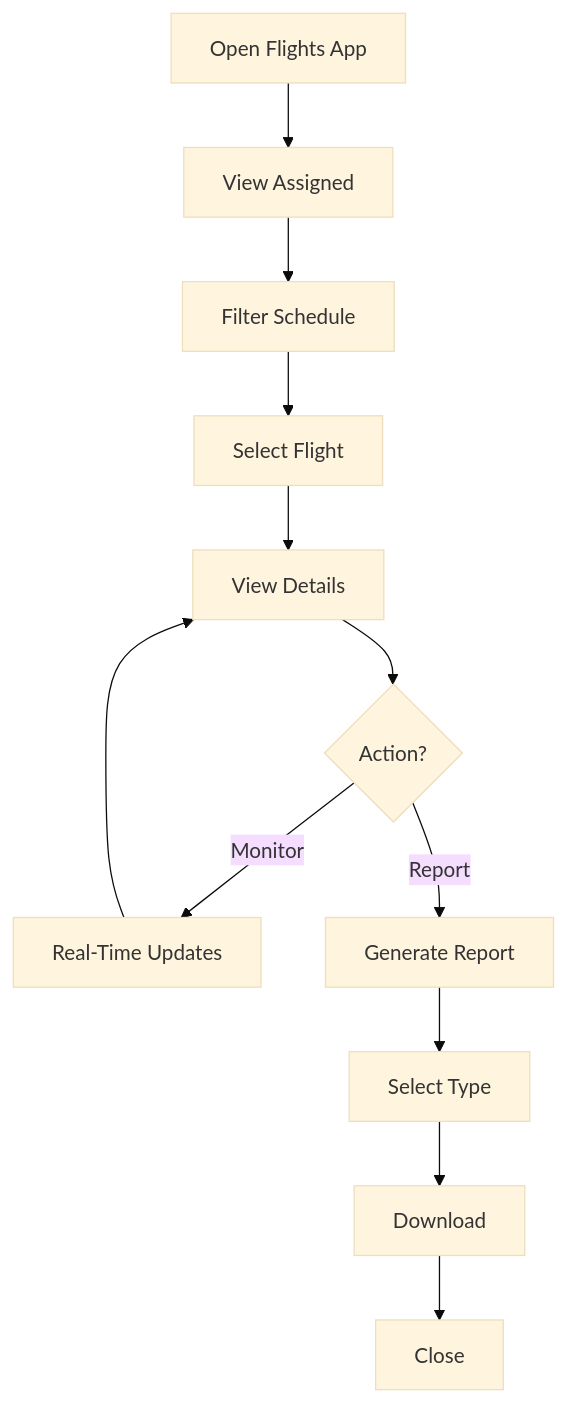
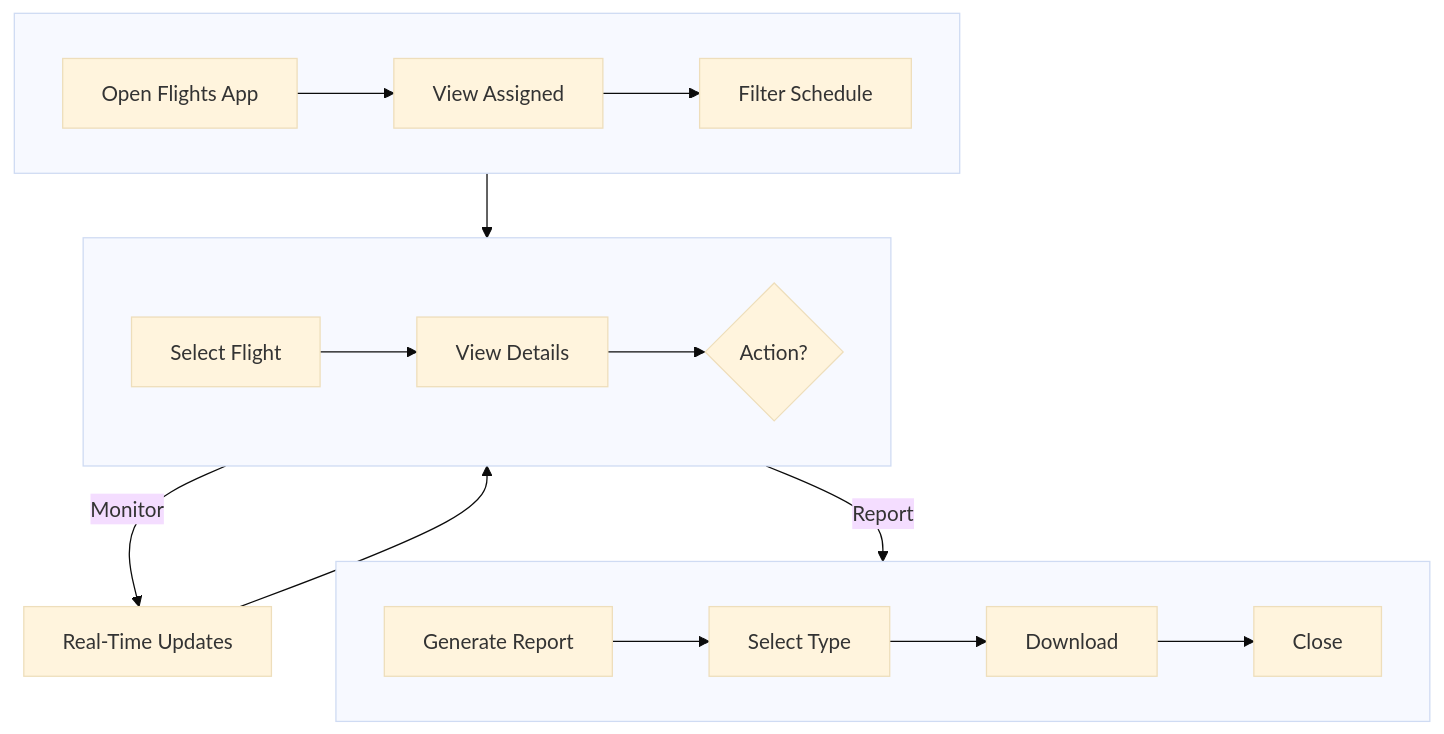
The ninth of 10 diagrams in docs/SEN3781_Assignment4_Information_Architecture_Report.md (RoundRobinHood/cogniflight-cloud), drawn with Mermaid (base theme) before and after one commit. The commit also changed other lines of this file, not shown here.

Commit message:
improved diagram readability

````diff
--- a/docs/SEN3781_Assignment4_Information_Architecture_Report.md
+++ b/docs/SEN3781_Assignment4_Information_Architecture_Report.md
@@ -408,10 +463,19 @@
 ```mermaid
-flowchart TD
-    A[Open Flights App] --> B[View Assigned]
-    B --> C[Filter Schedule] --> D[Select Flight]
-    D --> E[View Details] --> F{Action?}
+flowchart TB
+    subgraph row1[" "]
+        direction LR
+        A[Open Flights App] --> B[View Assigned] --> C[Filter Schedule]
+    end
+    subgraph row2[" "]
+        direction LR
+        D[Select Flight] --> E[View Details] --> F{Action?}
+    end
+    subgraph row3[" "]
+        direction LR
+        H[Generate Report] --> I[Select Type] --> J[Download] --> K[Close]
+    end
+    C --> D
     F -->|Monitor| G[Real-Time Updates]
     G --> E
-    F -->|Report| H[Generate Report]
-    H --> I[Select Type] --> J[Download] --> K[Close]
+    F -->|Report| H
 ```
````
